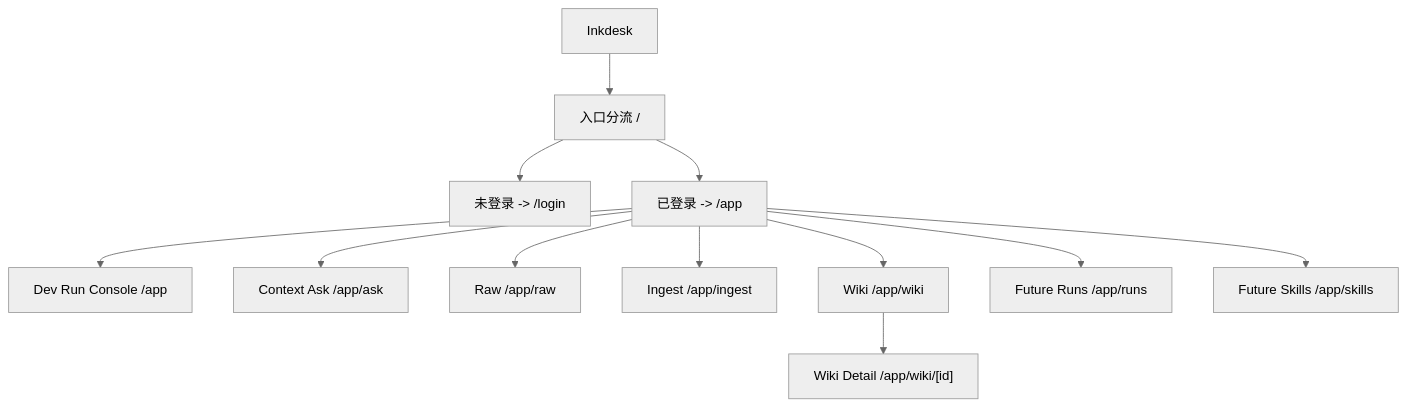
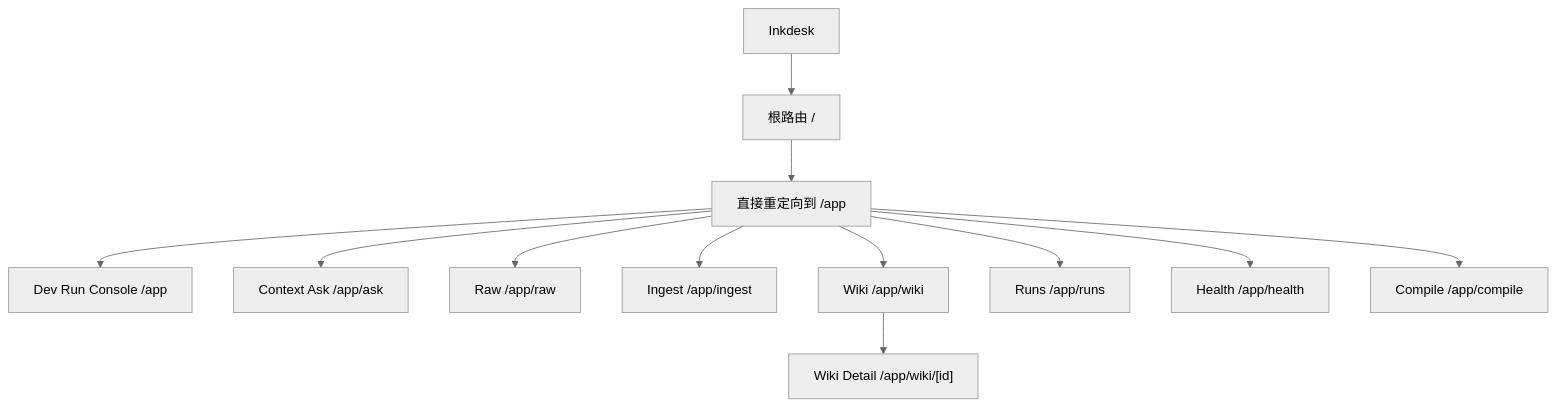
The first of 2 diagrams in docs/design/信息架构.md (rrhww/inkdesk), drawn with Mermaid (neutral theme) before and after one commit. The commit also changed other lines of this file and 10 other files, not shown here.

````diff
--- a/docs/design/信息架构.md
+++ b/docs/design/信息架构.md
@@ -11,14 +11,14 @@
 ```mermaid
 graph TD
-    A["Inkdesk"] --> B["入口分流 /"]
-    B --> C["未登录 -> /login"]
-    B --> D["已登录 -> /app"]
-    D --> D1["Dev Run Console /app"]
-    D --> D2["Context Ask /app/ask"]
-    D --> D3["Raw /app/raw"]
-    D --> D4["Ingest /app/ingest"]
-    D --> D5["Wiki /app/wiki"]
+    A["Inkdesk"] --> B["根路由 /"]
+    B --> B1["直接重定向到 /app"]
+    B1 --> D1["Dev Run Console /app"]
+    B1 --> D2["Context Ask /app/ask"]
+    B1 --> D3["Raw /app/raw"]
+    B1 --> D4["Ingest /app/ingest"]
+    B1 --> D5["Wiki /app/wiki"]
     D5 --> D6["Wiki Detail /app/wiki/[id]"]
-    D --> D7["Future Runs /app/runs"]
-    D --> D8["Future Skills /app/skills"]
+    B1 --> D7["Runs /app/runs"]
+    B1 --> D8["Health /app/health"]
+    B1 --> D9["Compile /app/compile"]
 ```
````
